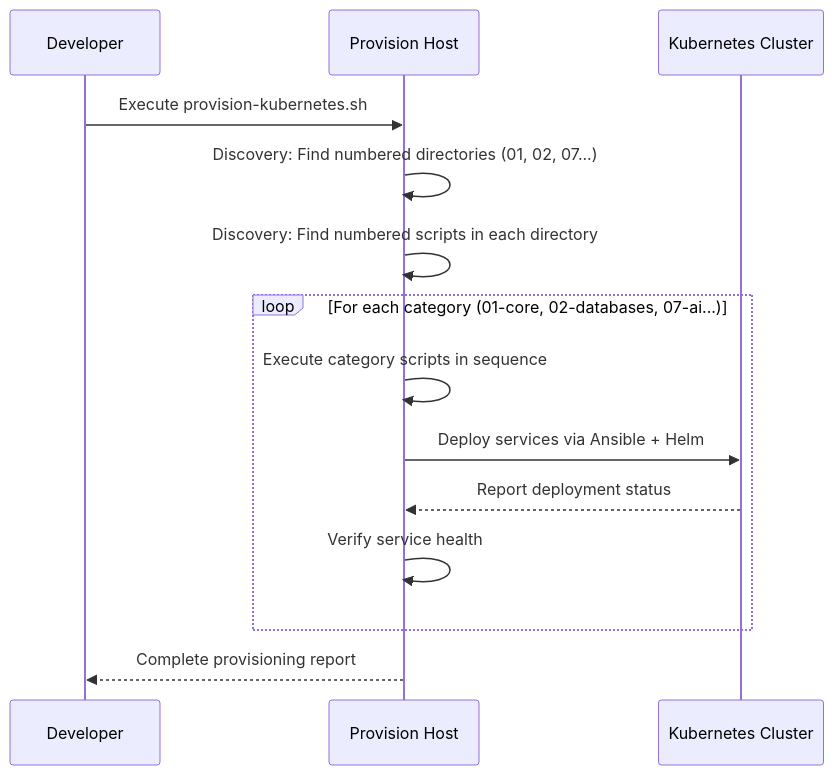
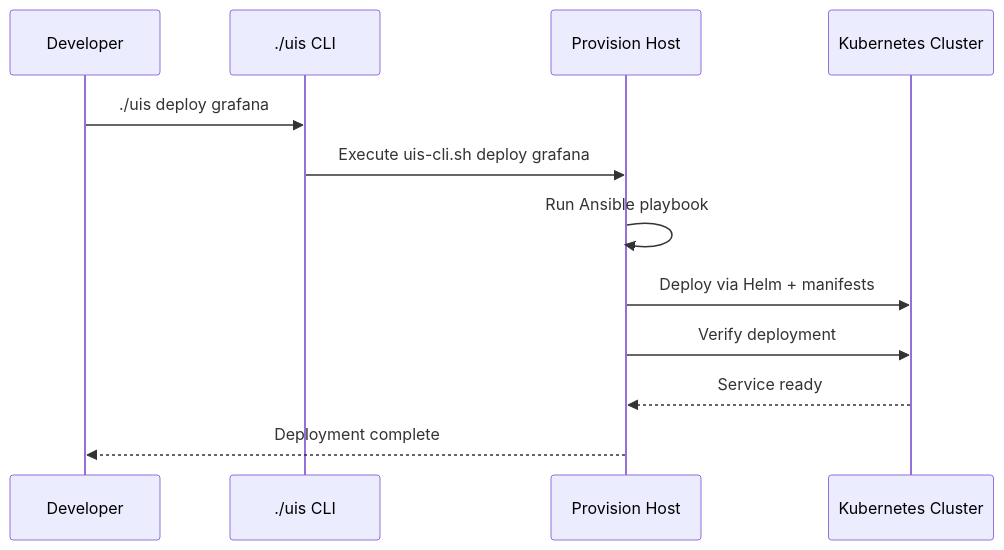
One commit to terchris/urbalurba-infrastructure changed the second of 4 diagrams in website/docs/getting-started/architecture.md. Above: the diagram before and after it, drawn with Mermaid. The commit also changed other lines of this file, not shown here.

First line of the commit message:
docs: rewrite architecture page with current ./uis CLI workflow

````diff
--- a/website/docs/getting-started/architecture.md
+++ b/website/docs/getting-started/architecture.md
@@ -144,19 +96,15 @@
 ```mermaid
 sequenceDiagram
     participant Dev as Developer
+    participant CLI as ./uis CLI
     participant PH as Provision Host
     participant K8s as Kubernetes Cluster
 
-    Dev->>PH: Execute provision-kubernetes.sh
-    PH->>PH: Discovery: Find numbered directories (01, 02, 07...)
-    PH->>PH: Discovery: Find numbered scripts in each directory
-
-    loop For each category (01-core, 02-databases, 07-ai...)
-        PH->>PH: Execute category scripts in sequence
-        PH->>K8s: Deploy services via Ansible + Helm
-        K8s-->>PH: Report deployment status
-        PH->>PH: Verify service health
-    end
-
-    PH-->>Dev: Complete provisioning report
+    Dev->>CLI: ./uis deploy grafana
+    CLI->>PH: Execute uis-cli.sh deploy grafana
+    PH->>PH: Run Ansible playbook
+    PH->>K8s: Deploy via Helm + manifests
+    PH->>K8s: Verify deployment
+    K8s-->>PH: Service ready
+    PH-->>Dev: Deployment complete
 ```
````
